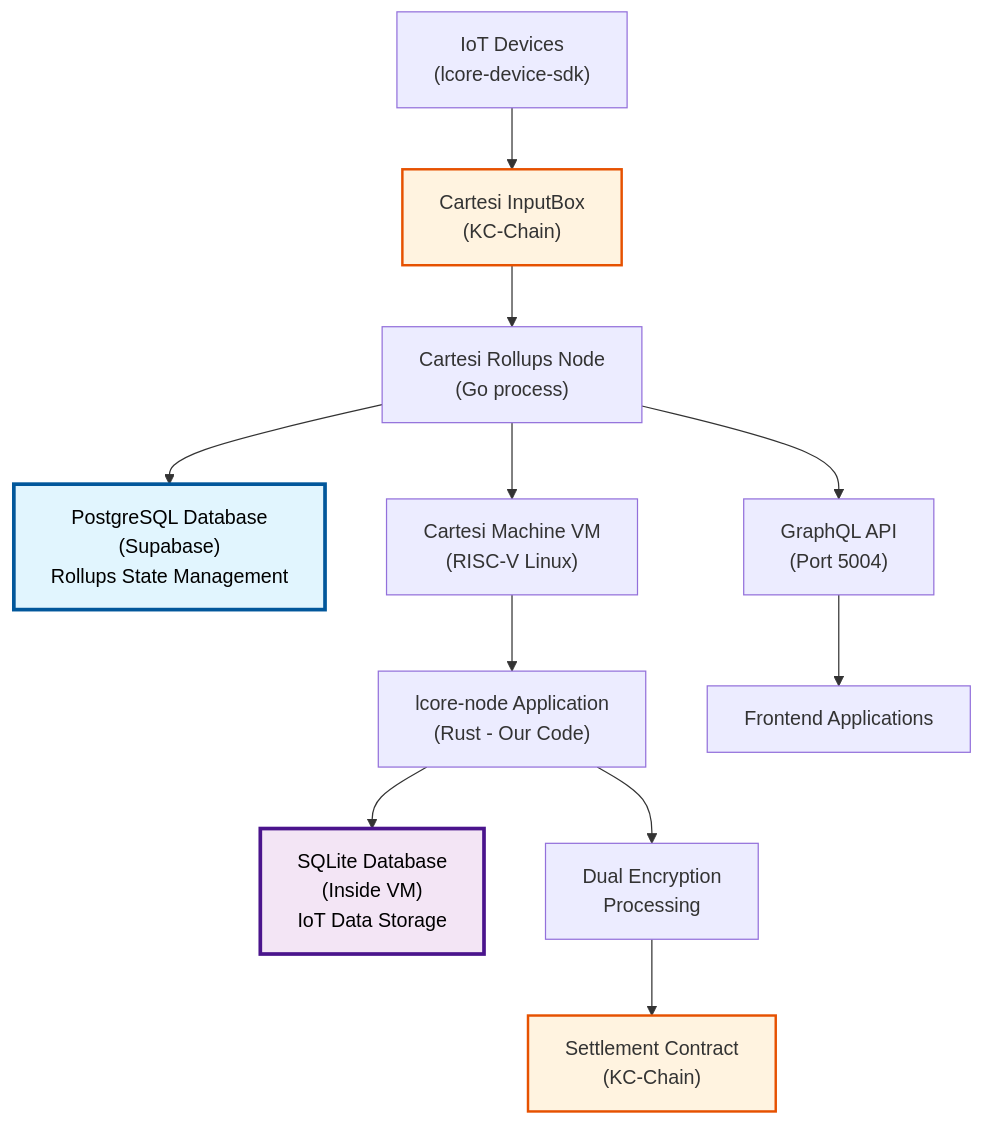
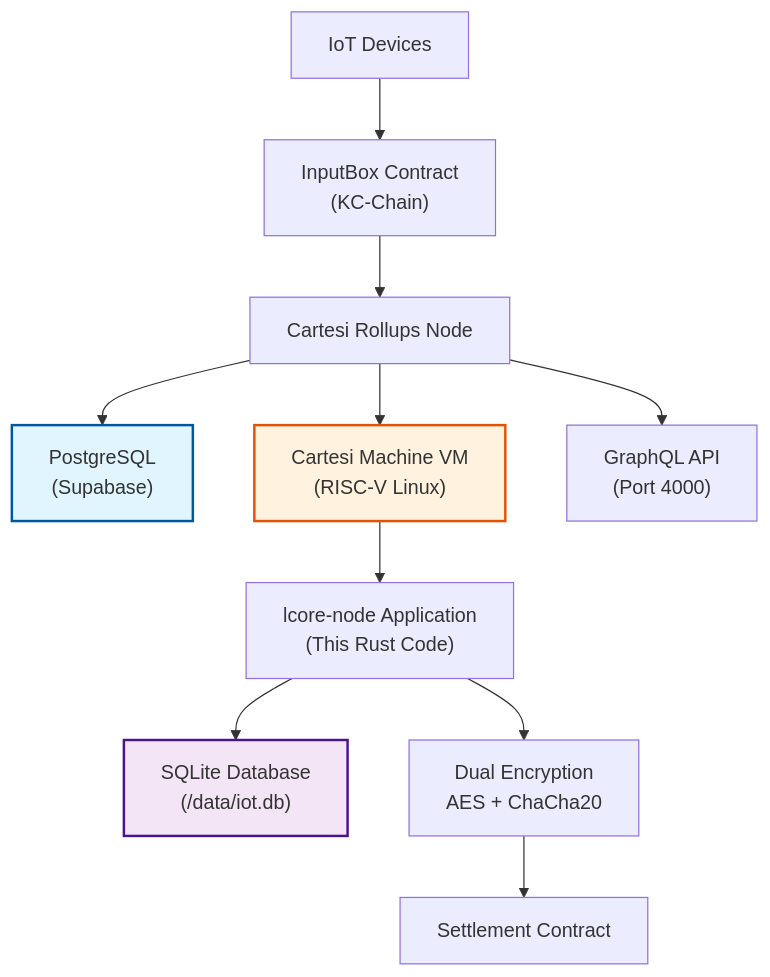
Before and after one commit to Modern-Society-Labs/lcore-node: the diagram in README.md, drawn with Mermaid. The commit also changed other lines of this file and 22 other files, not shown here.

Commit message:
Phase 3 Complete: Production-ready Cartesi IoT application with dual encryption and SQLite

````diff
--- a/README.md
+++ b/README.md
@@ -35,22 +46,16 @@
 ```mermaid
 graph TD
-    A["IoT Devices<br/>(lcore-device-sdk)"] --> B["Cartesi InputBox<br/>(KC-Chain)"]
-    B --> C["Cartesi Rollups Node<br/>(Go process)"]
-    C --> D["PostgreSQL Database<br/>(Supabase)<br/>Rollups State Management"]
+    A["IoT Devices"] --> B["InputBox Contract<br/>(KC-Chain)"]
+    B --> C["Cartesi Rollups Node"]
+    C --> D["PostgreSQL<br/>(Supabase)"]
     C --> E["Cartesi Machine VM<br/>(RISC-V Linux)"]
-    E --> F["lcore-node Application<br/>(Rust - Our Code)"]
-    F --> G["SQLite Database<br/>(Inside VM)<br/>IoT Data Storage"]
-    F --> H["Dual Encryption<br/>Processing"]
-    H --> I["Settlement Contract<br/>(KC-Chain)"]
-    C --> J["GraphQL API<br/>(Port 5004)"]
-    J --> K["Frontend Applications"]
+    E --> F["lcore-node Application<br/>(This Rust Code)"]
+    F --> G["SQLite Database<br/>(/data/iot.db)"]
+    F --> H["Dual Encryption<br/>AES + ChaCha20"]
+    H --> I["Settlement Contract"]
+    C --> J["GraphQL API<br/>(Port 4000)"]
     
-    style D fill:#e1f5fe,stroke:#01579b,stroke-width:3px
-    style G fill:#f3e5f5,stroke:#4a148c,stroke-width:3px
-    style B fill:#fff3e0,stroke:#e65100,stroke-width:2px
-    style I fill:#fff3e0,stroke:#e65100,stroke-width:2px
-    
-    classDef dbLabel fill:#ffffff,stroke:#000000,stroke-width:1px,color:#000000
-    D:::dbLabel
-    G:::dbLabel
+    style D fill:#e1f5fe,stroke:#01579b,stroke-width:2px
+    style G fill:#f3e5f5,stroke:#4a148c,stroke-width:2px
+    style E fill:#fff3e0,stroke:#e65100,stroke-width:2px
 ```
````
